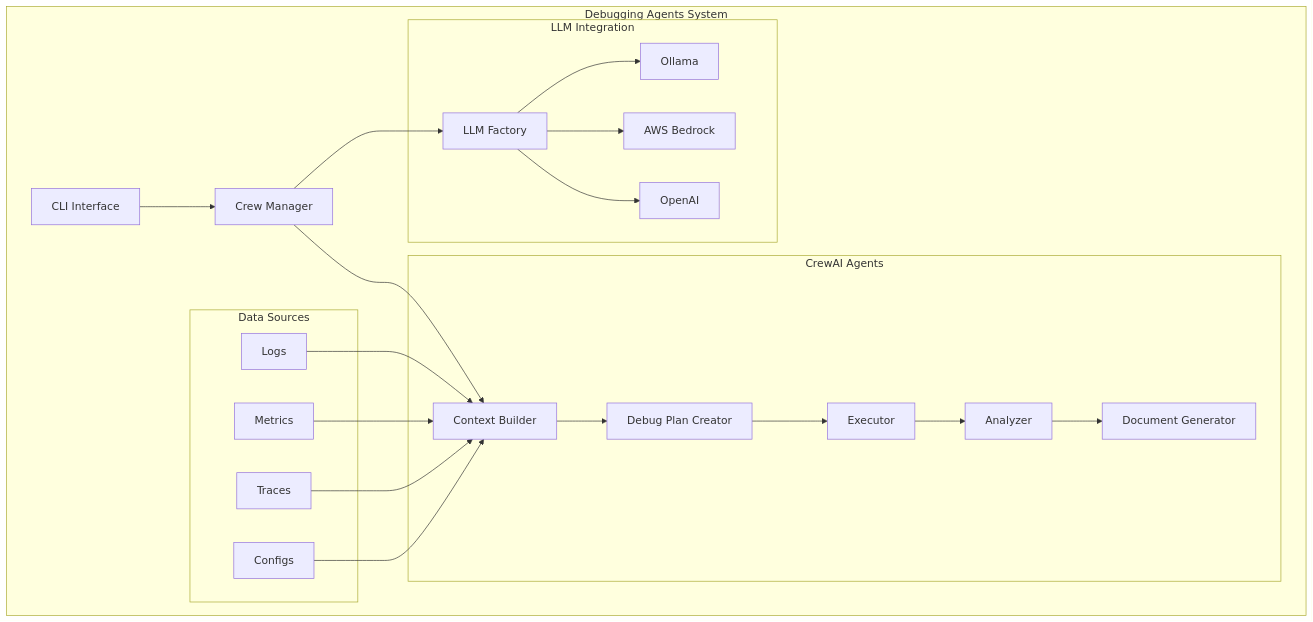
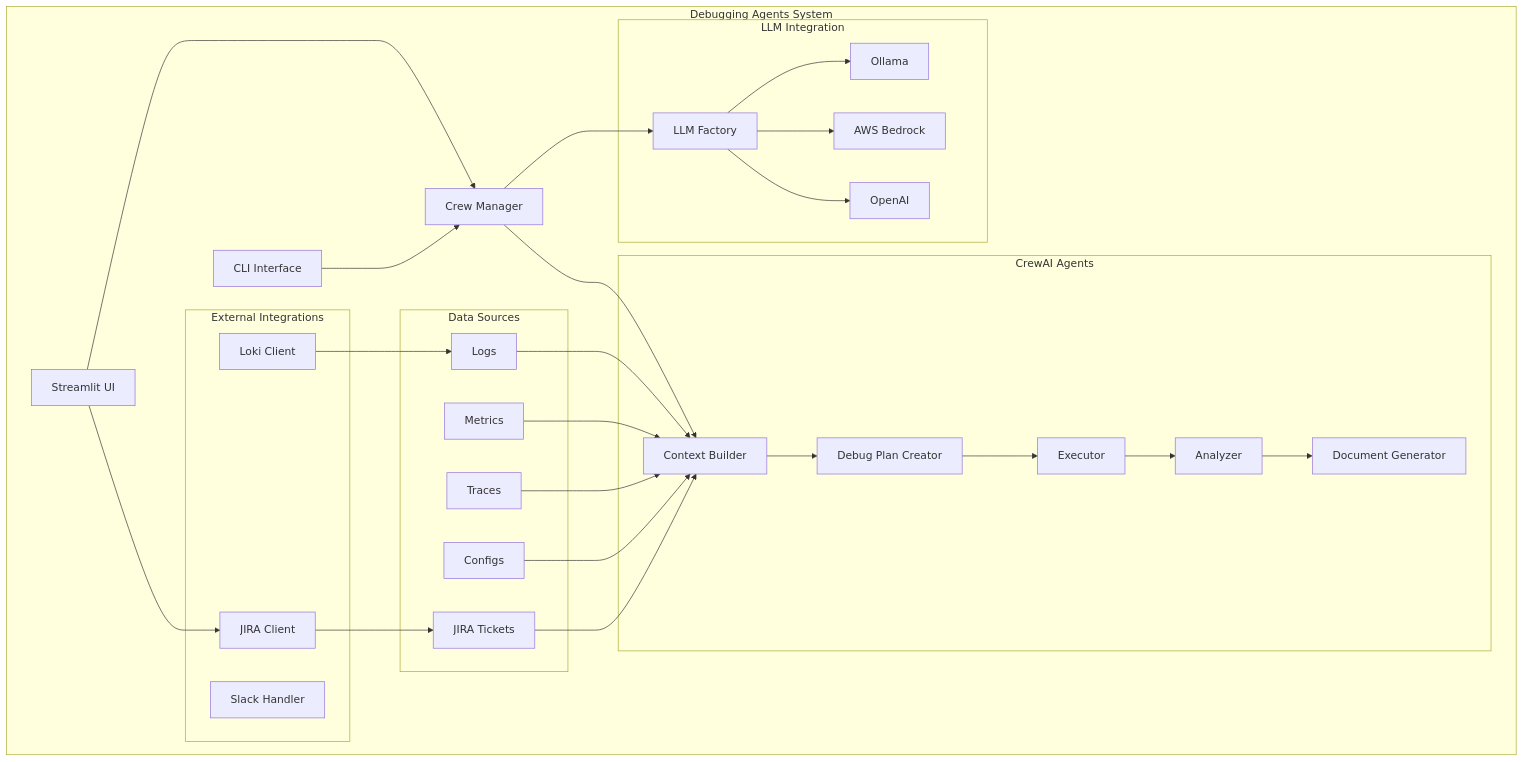
The first of 2 diagrams in docs/architecture.md (tiwari-gajendra/debugging-agent), drawn with Mermaid before and after one commit. The commit also changed other lines of this file and 37 other files, not shown here.

````diff
--- a/docs/architecture.md
+++ b/docs/architecture.md
@@ -13,47 +20,61 @@
 ```mermaid
 graph TD
     subgraph "Debugging Agents System"
+        UI["Streamlit UI"]
         CLI["CLI Interface"]
         CM["Crew Manager"]
+        
+        subgraph "External Integrations"
+            JIRA["JIRA Client"]
+            LOKI["Loki Client"]
+            SLACK["Slack Handler"]
+        end
         
         subgraph "LLM Integration"
             LF["LLM Factory"]
             OL["Ollama"]
             BR["AWS Bedrock"]
             OA["OpenAI"]
         end
         
         subgraph "CrewAI Agents"
             CB["Context Builder"]
             DPC["Debug Plan Creator"]
             EX["Executor"]
             AZ["Analyzer"]
             DG["Document Generator"]
         end
         
         subgraph "Data Sources"
             L["Logs"]
             M["Metrics"]
             T["Traces"]
             C["Configs"]
+            JT["JIRA Tickets"]
         end
     end
     
+    UI --> JIRA
+    UI --> CM
     CLI --> CM
     CM --> LF
     
     LF --> OL
     LF --> BR
     LF --> OA
     
     CM --> CB
     CB --> DPC
     DPC --> EX
     EX --> AZ
     AZ --> DG
     
     L --> CB
     M --> CB
     T --> CB
     C --> CB
+    JT --> CB
+    
+    JIRA --> JT
+    LOKI --> L
 ```
````
